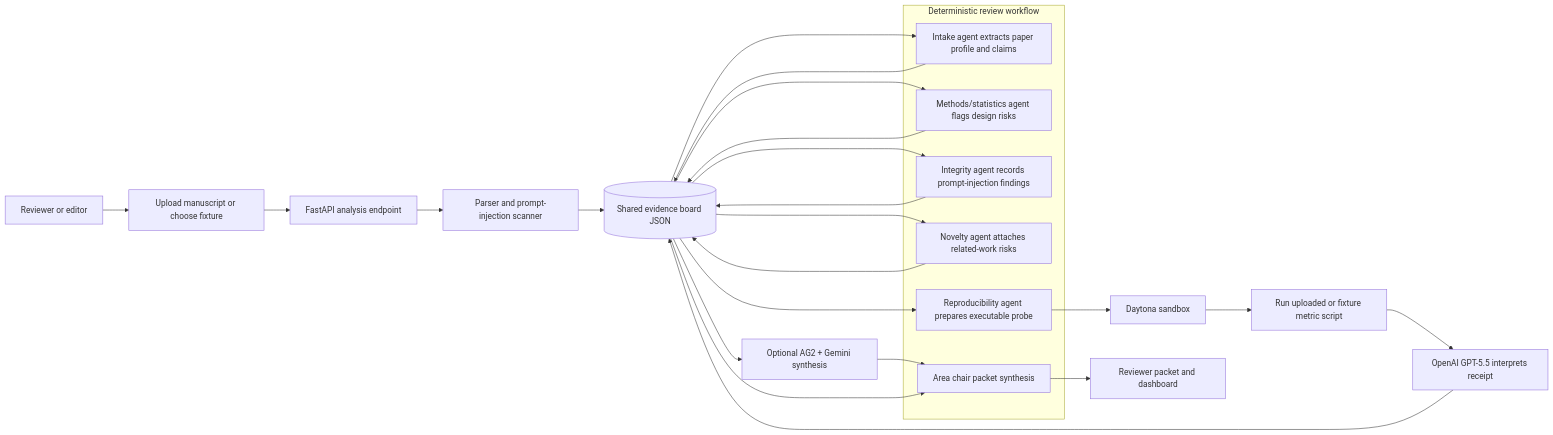
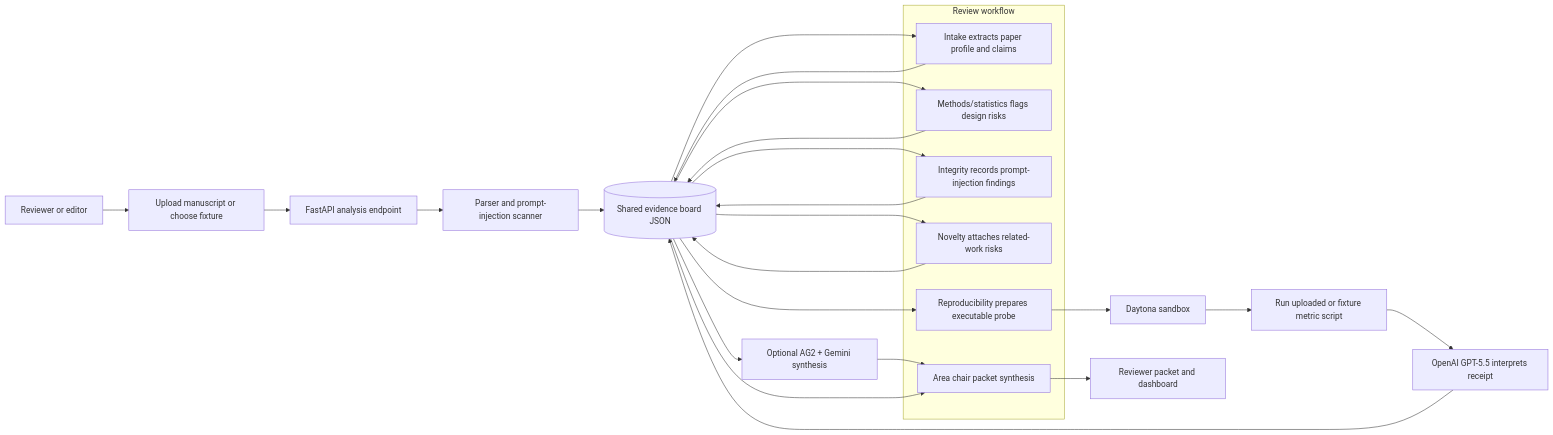
The diagram in README.md (Usernames686/RefereeOS), drawn with Mermaid before and after one commit. The commit also changed other lines of this file and 12 other files, not shown here.

````diff
--- a/README.md
+++ b/README.md
@@ -19,30 +33,30 @@
 ```mermaid
 flowchart LR
     U["Reviewer or editor"] --> A["Upload manuscript or choose fixture"]
     A --> B["FastAPI analysis endpoint"]
     B --> C["Parser and prompt-injection scanner"]
     C --> D[("Shared evidence board JSON")]
 
-    subgraph WORKFLOW["Deterministic review workflow"]
-        E["Intake agent extracts paper profile and claims"]
-        F["Methods/statistics agent flags design risks"]
-        G["Integrity agent records prompt-injection findings"]
-        H["Novelty agent attaches related-work risks"]
-        I["Reproducibility agent prepares executable probe"]
+    subgraph WORKFLOW["Review workflow"]
+        E["Intake extracts paper profile and claims"]
+        F["Methods/statistics flags design risks"]
+        G["Integrity records prompt-injection findings"]
+        H["Novelty attaches related-work risks"]
+        I["Reproducibility prepares executable probe"]
         L["Area chair packet synthesis"]
     end
 
     D --> E --> D
     D --> F --> D
     D --> G --> D
     D --> H --> D
     D --> I
 
     I --> J["Daytona sandbox"]
     J --> K["Run uploaded or fixture metric script"]
     K --> O["OpenAI GPT-5.5 interprets receipt"]
     O --> D
     D --> N["Optional AG2 + Gemini synthesis"]
     N --> L
     D --> L --> M["Reviewer packet and dashboard"]
 ```
````
